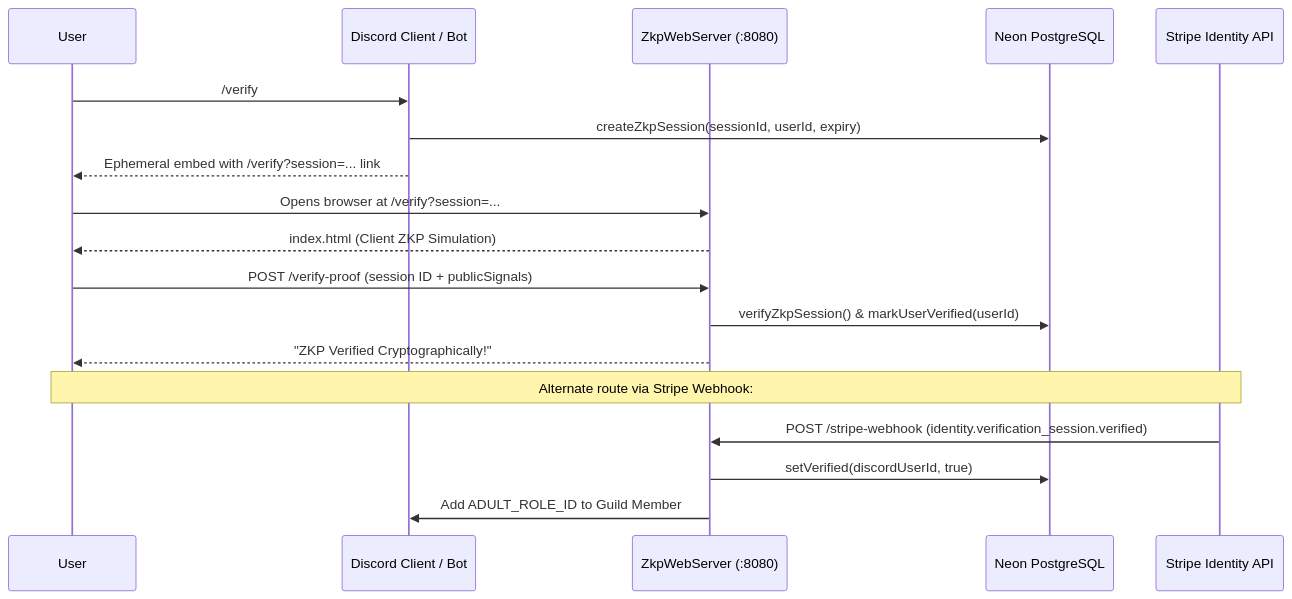
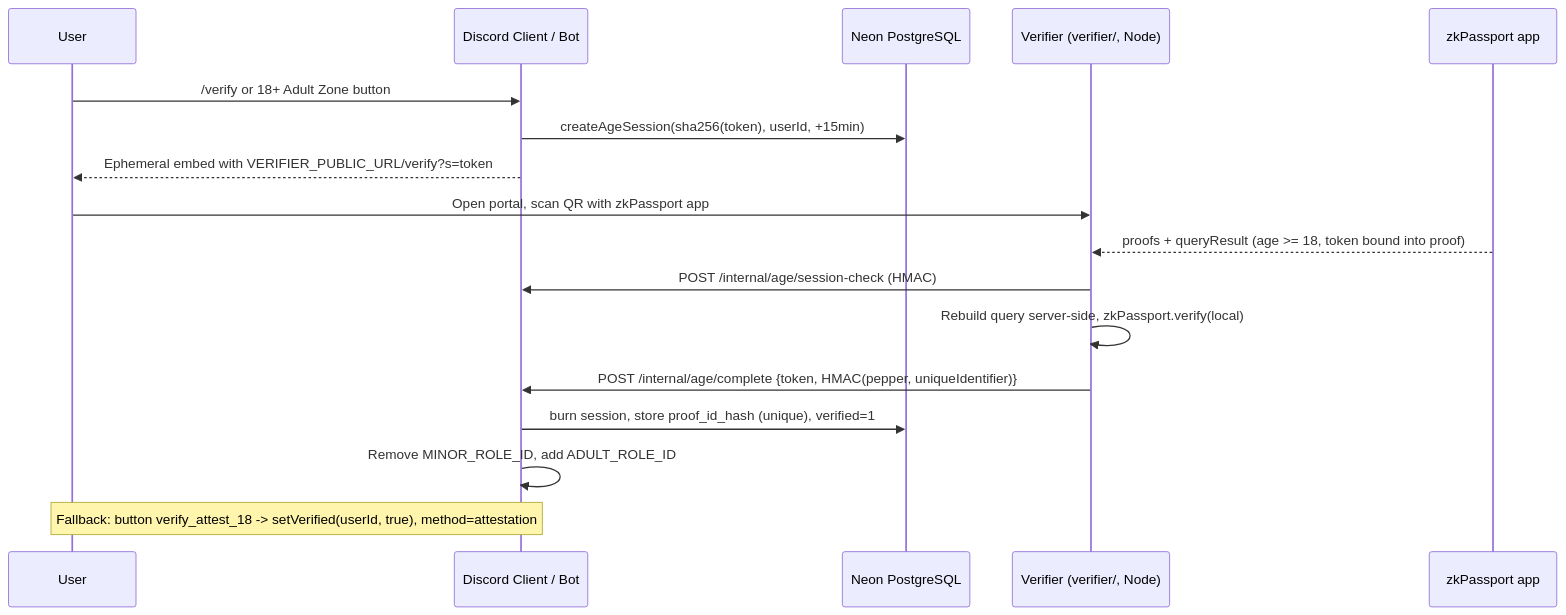
The first of 2 diagrams in CHECKPOINTS.md (GlitchMatcha/AMORABot), drawn with Mermaid before and after one commit. The commit also changed other lines of this file and 26 other files, not shown here.

Commit message:
Replace fake ZKP with zkPassport age verification; remove Stripe

````diff
--- a/CHECKPOINTS.md
+++ b/CHECKPOINTS.md
@@ -245,21 +247,20 @@
 ```mermaid
 sequenceDiagram
     participant User
     participant Discord as Discord Client / Bot
-    participant Web as ZkpWebServer (:8080)
     participant DB as Neon PostgreSQL
-    participant Stripe as Stripe Identity API
+    participant V as Verifier (verifier/, Node)
+    participant App as zkPassport app
 
-    User->>Discord: /verify
-    Discord->>DB: createZkpSession(sessionId, userId, expiry)
-    Discord-->>User: Ephemeral embed with /verify?session=... link
-    User->>Web: Opens browser at /verify?session=...
-    Web-->>User: index.html (Client ZKP Simulation)
-    User->>Web: POST /verify-proof (session ID + publicSignals)
-    Web->>DB: verifyZkpSession() & markUserVerified(userId)
-    Web-->>User: "ZKP Verified Cryptographically!"
-    Note over User,Stripe: Alternate route via Stripe Webhook:
-    Stripe->>Web: POST /stripe-webhook (identity.verification_session.verified)
-    Web->>DB: setVerified(discordUserId, true)
-    Web->>Discord: Add ADULT_ROLE_ID to Guild Member
+    User->>Discord: /verify or 18+ Adult Zone button
+    Discord->>DB: createAgeSession(sha256(token), userId, +15min)
+    Discord-->>User: Ephemeral embed with VERIFIER_PUBLIC_URL/verify?s=token
+    User->>V: Open portal, scan QR with zkPassport app
+    App-->>V: proofs + queryResult (age >= 18, token bound into proof)
+    V->>Discord: POST /internal/age/session-check (HMAC)
+    V->>V: Rebuild query server-side, zkPassport.verify(local)
+    V->>Discord: POST /internal/age/complete {token, HMAC(pepper, uniqueIdentifier)}
+    Discord->>DB: burn session, store proof_id_hash (unique), verified=1
+    Discord->>Discord: Remove MINOR_ROLE_ID, add ADULT_ROLE_ID
+    Note over User,Discord: Fallback: button verify_attest_18 -> setVerified(userId, true), method=attestation
 ```
````
